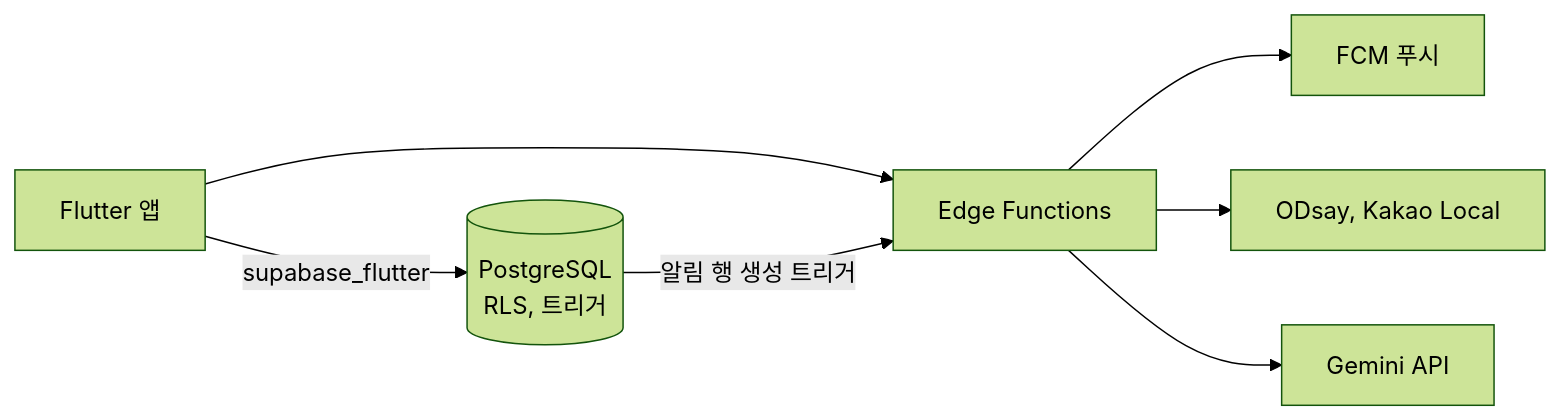
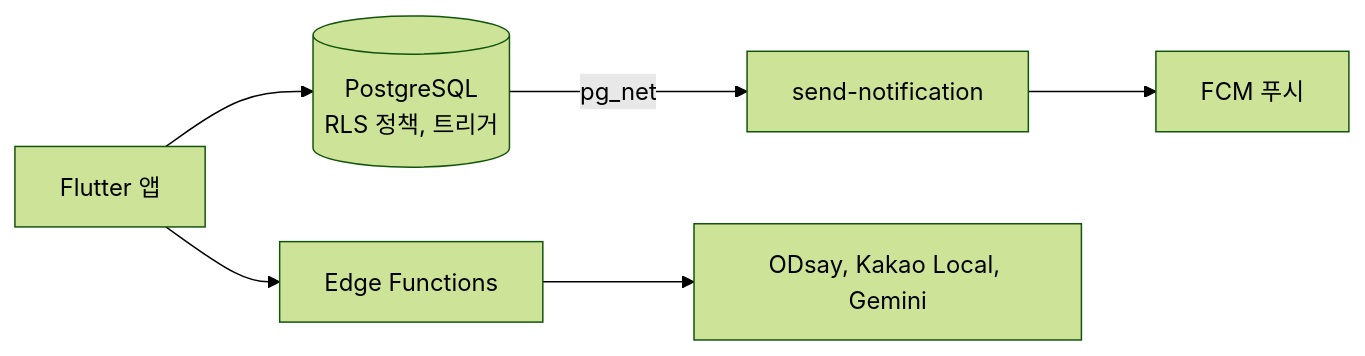
The diagram in README.md (lilohdong/Calddy), drawn with Mermaid (forest theme) before and after one commit. The commit also changed other lines of this file, not shown here.

````diff
--- a/README.md
+++ b/README.md
@@ -64,9 +47,8 @@
 ```mermaid
 flowchart LR
-    App[Flutter 앱] -->|supabase_flutter| DB[(PostgreSQL<br/>RLS, 트리거)]
+    App[Flutter 앱] --> DB[(PostgreSQL<br/>RLS 정책, 트리거)]
     App --> EF[Edge Functions]
-    DB -->|알림 행 생성 트리거| EF
-    EF --> FCM[FCM 푸시]
-    EF --> MAP[ODsay, Kakao Local]
-    EF --> AI[Gemini API]
+    DB -- pg_net --> Push[send-notification]
+    Push --> FCM[FCM 푸시]
+    EF --> Ext[ODsay, Kakao Local, Gemini]
 ```
````
